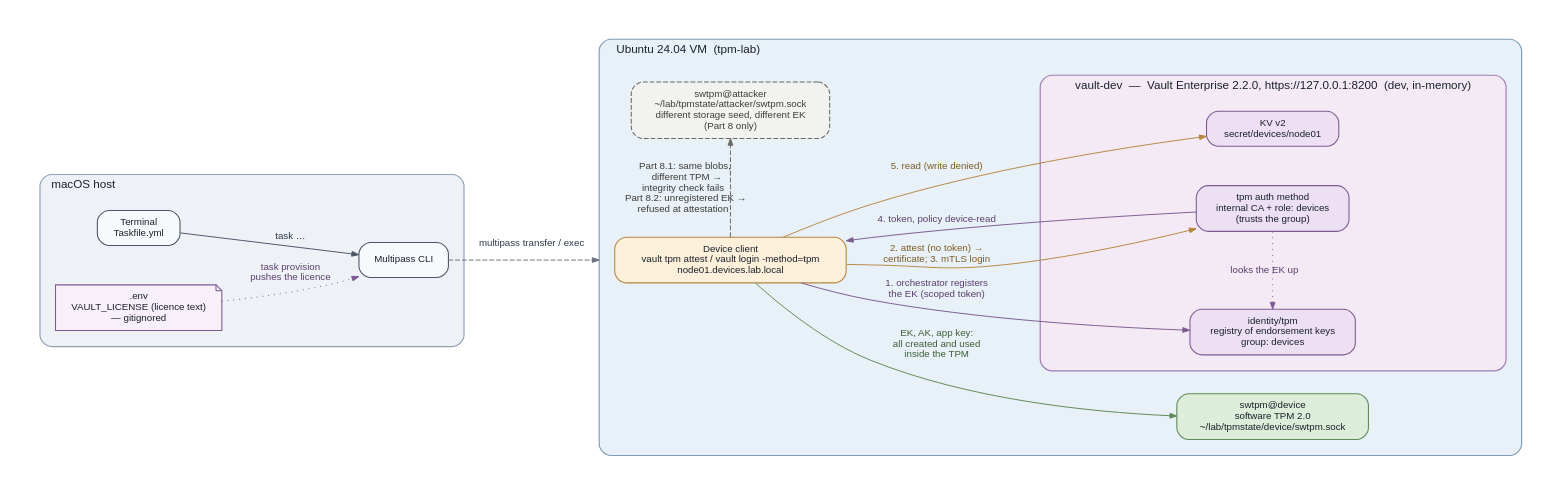
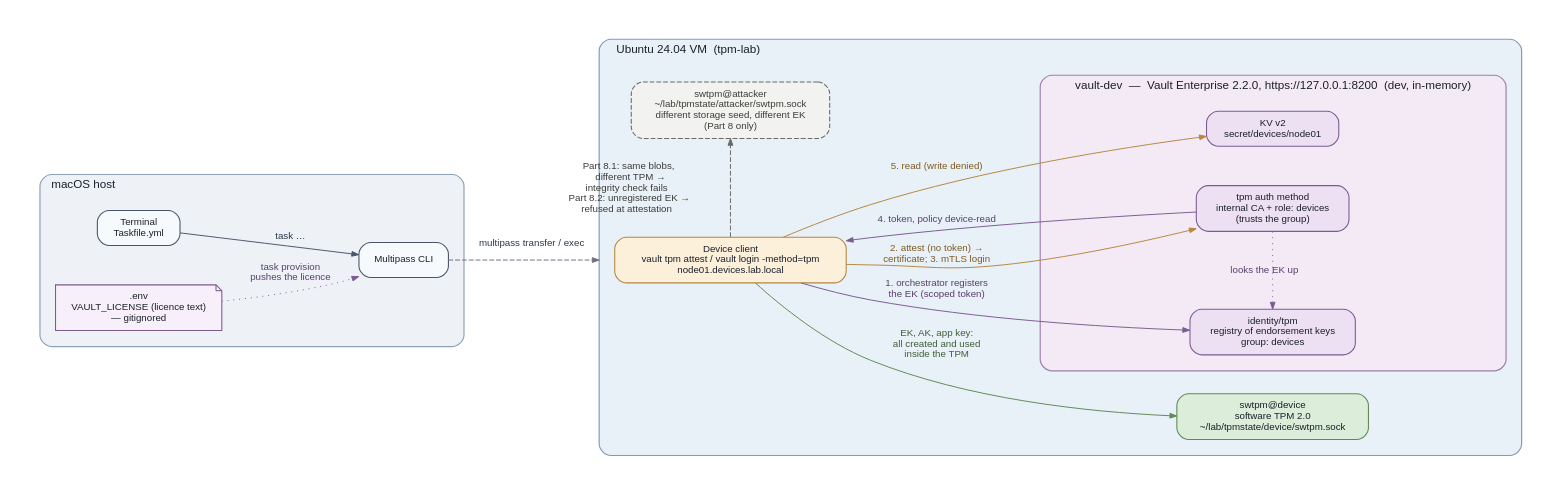
The diagram in docs/diagrams/topology.dot (nhsy-hcp/multipass-vault-tpm), drawn with Graphviz before and after one commit. The commit also changed 3 other files, not shown here.

Commit message:
docs: fix overlapping edge labels in topology and agent diagrams

```diff
--- a/docs/diagrams/topology.dot
+++ b/docs/diagrams/topology.dot
@@ -1,146 +1,146 @@
 // Vault TPM auth lab — component topology.
 // Render: dot -Tpng -Gdpi=144 -o topology.png topology.dot
 // or: task docs:diagram
 
 digraph topology {
   rankdir=LR;
   bgcolor="white";
   compound=true;
   splines=spline;
   nodesep=0.55;
   ranksep=0.70;
   fontname="Helvetica";
   fontsize=12;
   fontcolor="#1a202c";
   pad=0.35;
 
   node [
     shape=box,
     style="rounded,filled",
     fontname="Helvetica",
     fontsize=10,
     color="#4a5568",
     fillcolor="#f7fafc",
     fontcolor="#1a202c",
     penwidth=1.1,
     margin="0.18,0.10"
   ];
 
   edge [
     fontname="Helvetica",
     fontsize=10,
     color="#4a5568",
     fontcolor="#2d3748",
     penwidth=1.0,
     arrowsize=0.7
   ];
 
   // ---------------------------------------------------------------- macOS host
   subgraph cluster_host {
     label="macOS host";
     labeljust="l";
     fontsize=12;
     fontcolor="#1a202c";
     margin=16;
     style="rounded,filled";
     fillcolor="#eef2f7";
     color="#8fa0b5";
     penwidth=1.2;
 
     term  [label="Terminal\nTaskfile.yml"];
     mpcli [label="Multipass CLI"];
     bin   [
       label=".env\nVAULT_LICENSE (licence text)\n— gitignored",
       shape=note,
       style="filled",
       fillcolor="#f7f0fa",
       color="#7d5b92",
       fontsize=10
     ];
 
     term -> mpcli [label="task …"];
     bin -> mpcli [label="task provision\npushes the licence", style=dotted, color="#7d5b92", fontcolor="#5b3f6c"];
   }
 
   // ------------------------------------------------------------------- the VM
   subgraph cluster_vm {
     label="Ubuntu 24.04 VM  (tpm-lab)";
     labeljust="l";
     fontsize=12;
     fontcolor="#1a202c";
     margin=16;
     style="rounded,filled";
     fillcolor="#e8f0f8";
     color="#7f9bb8";
     penwidth=1.2;
 
     tpm [
       label="swtpm@device\nsoftware TPM 2.0\n~/lab/tpmstate/device/swtpm.sock",
       fillcolor="#dcedd9",
       color="#5f8a57"
     ];
 
     attacker [
       label="swtpm@attacker\n~/lab/tpmstate/attacker/swtpm.sock\ndifferent storage seed, different EK\n(Part 8 only)",
       style="rounded,filled,dashed",
       fillcolor="#f2f2f0",
       color="#6b6b64",
       fontcolor="#3d3d38"
     ];
 
     client [
       label="Device client\nvault tpm attest / vault login -method=tpm\nnode01.devices.lab.local",
       fillcolor="#fdf0da",
       color="#b5883f"
     ];
 
     // ------------------------------------------------------------ Vault itself
     subgraph cluster_vault {
       label="vault-dev  —  Vault Enterprise 2.2.0, https://127.0.0.1:8200  (dev, in-memory)";
       labeljust="l";
       fontsize=12;
       fontcolor="#1a202c";
       margin=16;
       style="rounded,filled";
       fillcolor="#f4eaf6";
       color="#9e7fae";
       penwidth=1.2;
 
       reg  [label="identity/tpm\nregistry of endorsement keys\ngroup: devices",         fillcolor="#ece0f2", color="#7d5b92"];
       tpma [label="tpm auth method\ninternal CA + role: devices\n(trusts the group)",     fillcolor="#ece0f2", color="#7d5b92"];
       kv   [label="KV v2\nsecret/devices/node01",                                      fillcolor="#ece0f2", color="#7d5b92"];
     }
   }
 
   // ---------------------------------------------------------------- host -> VM
   mpcli -> client [
     lhead=cluster_vm,
     # Trailing blank line lifts the text clear of the dashed spline, which
     # otherwise runs straight through it on this long horizontal edge.
     label="multipass transfer / exec\n ",
     style=dashed,
     color="#6b7280"
   ];
 
   // ----------------------------------------------------------------- lab flows
   client -> tpm    [label="EK, AK, app key:\nall created and used\ninside the TPM", color="#5f8a57", fontcolor="#3f5f39"];
   client -> reg    [label="1. orchestrator registers\nthe EK (scoped token)", color="#7d5b92", fontcolor="#5b3f6c"];
   client -> tpma   [label="2. attest (no token) →\ncertificate; 3. mTLS login", color="#b5883f", fontcolor="#7d5c22"];
   tpma   -> reg    [label="looks the EK up", style=dotted, constraint=false, color="#7d5b92", fontcolor="#5b3f6c"];
   tpma   -> client [label="4. token, policy device-read", color="#7d5b92", fontcolor="#5b3f6c"];
   client -> kv     [label="5. read (write denied)", color="#b5883f", fontcolor="#7d5c22"];
 
   client -> attacker [
     # constraint=false leaves this edge out of rank assignment, so the spline
     # runs straight through a plain centred label. Graphviz trims whitespace
     # padding, so the clearance has to be structural: an HTML label with an
     # empty right-hand cell shifts the text off the line.
     label=<<TABLE BORDER="0" CELLBORDER="0" CELLPADDING="0" CELLSPACING="0"><TR>
              <TD ALIGN="RIGHT">Part 8.1: same blobs,<BR/>different TPM &#8594;<BR/>integrity check fails<BR/>Part 8.2: unregistered EK &#8594;<BR/>refused at attestation</TD>
-             <TD WIDTH="24"></TD></TR></TABLE>>,
+             <TD WIDTH="140"></TD></TR></TABLE>>,
     style=dashed,
     color="#6b6b64",
     fontcolor="#3d3d38",
     constraint=false
   ];
 }
```
